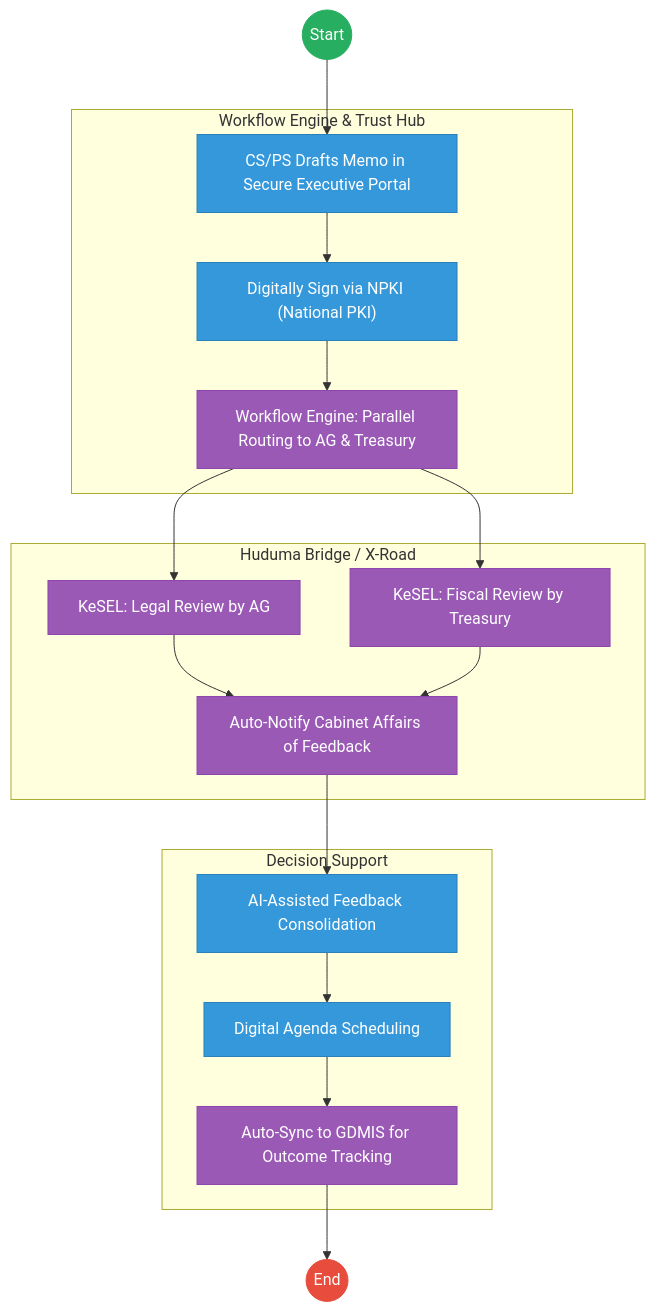
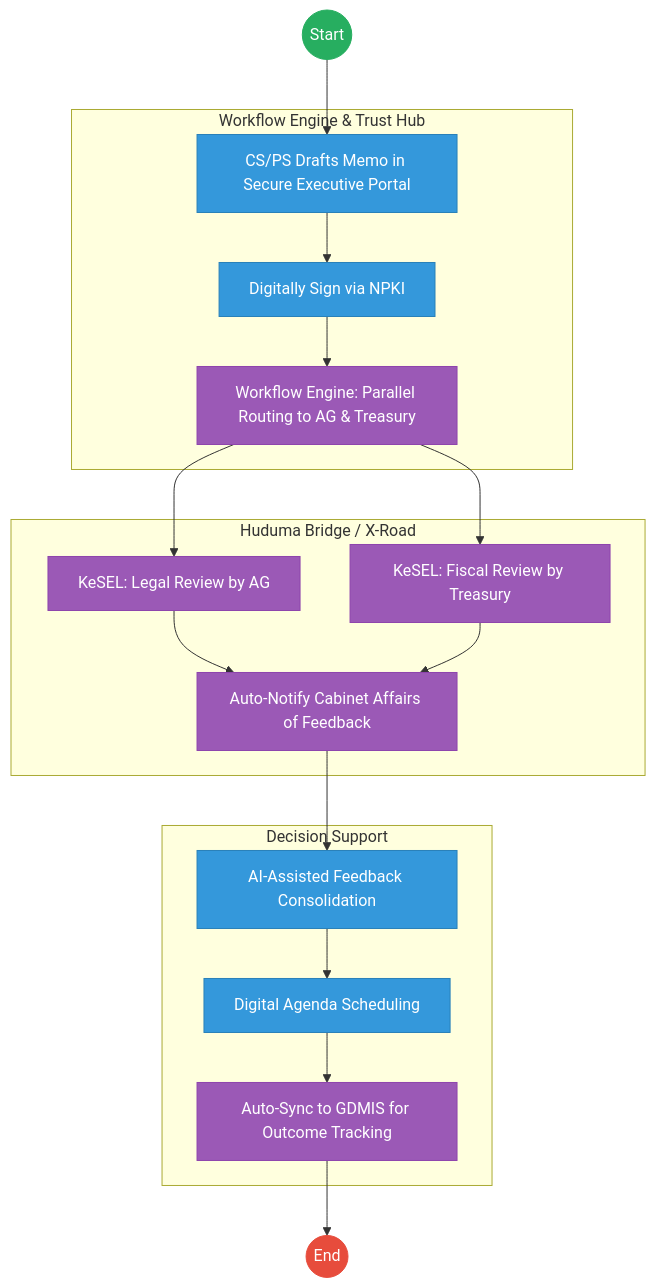
One commit to BITZ-IT-Consulting-LTD/ictapoc changed the second of 2 diagrams in mdas/docs_final/priority_mdas/CABINET_OFFICE___Service_Delivery.md. Above: the diagram before and after it, drawn with Mermaid. The commit also changed other lines of this file and 102 other files, not shown here.

````diff
--- a/mdas/docs_final/priority_mdas/CABINET_OFFICE___Service_Delivery.md
+++ b/mdas/docs_final/priority_mdas/CABINET_OFFICE___Service_Delivery.md
@@ -110,33 +110,33 @@
 ```mermaid
 graph TD
     Start((Start)) --> Draft["CS/PS Drafts Memo in Secure Executive Portal"]
     
     subgraph Layer2 [Workflow Engine & Trust Hub]
-        Draft --> Sign["Digitally Sign via NPKI (National PKI)"]
+        Draft --> Sign["Digitally Sign via NPKI "]
         Sign --> Parallel["Workflow Engine: Parallel Routing to AG & Treasury"]
     end
     
     subgraph Layer3 [Huduma Bridge / X-Road]
         Parallel --> AG["KeSEL: Legal Review by AG"]
         Parallel --> Treasury["KeSEL: Fiscal Review by Treasury"]
         AG --> Notify["Auto-Notify Cabinet Affairs of Feedback"]
         Treasury --> Notify
     end
     
     subgraph Layer4 [Decision Support]
         Notify --> Consolidate["AI-Assisted Feedback Consolidation"]
         Consolidate --> Schedule["Digital Agenda Scheduling"]
         Schedule --> GDMIS["Auto-Sync to GDMIS for Outcome Tracking"]
     end
     
     GDMIS --> End((End))
 
     classDef start fill:#27ae60,stroke:#27ae60,color:#fff;
     classDef endNode fill:#e74c3c,stroke:#e74c3c,color:#fff;
     classDef userTask fill:#3498db,stroke:#2980b9,color:#fff;
     classDef serviceTask fill:#9b59b6,stroke:#8e44ad,color:#fff;
     class Start start;
     class End endNode;
     class Draft,Sign,Consolidate,Schedule userTask;
     class Parallel,AG,Treasury,Notify,GDMIS serviceTask;
 ```
````
